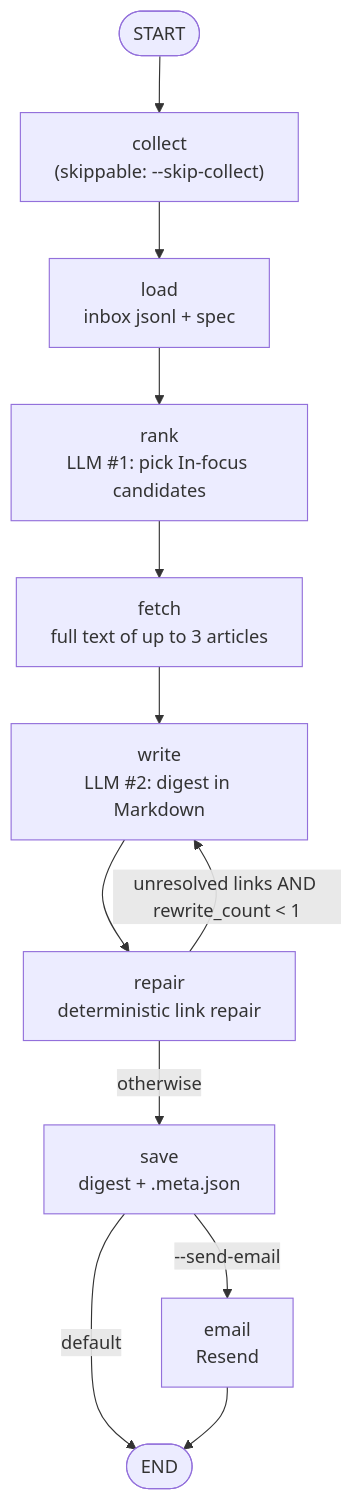
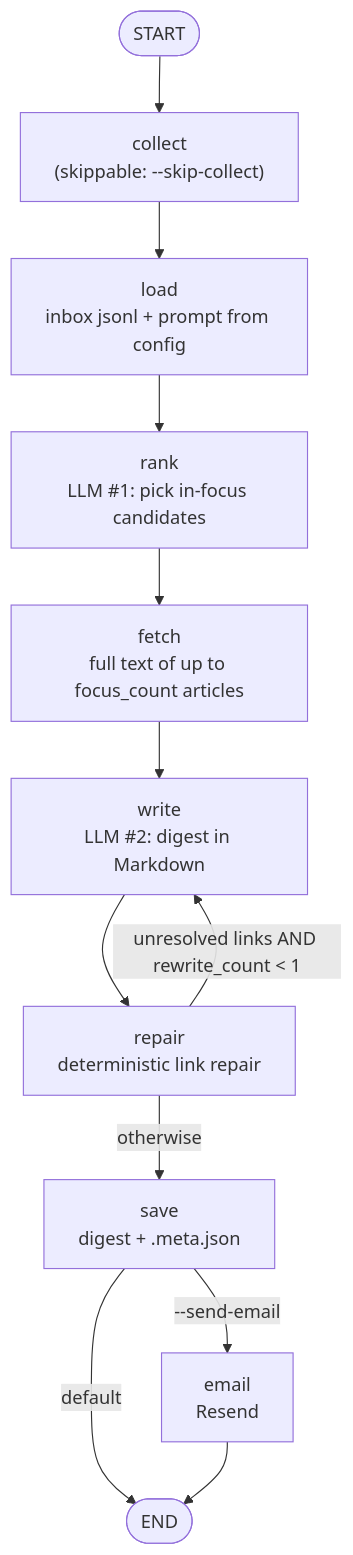
The diagram in README.md (csakegyruszki/langgraph-digest), drawn with Mermaid before and after one commit. The commit also changed other lines of this file and 15 other files, not shown here.

````diff
--- a/README.md
+++ b/README.md
@@ -9,14 +18,14 @@
 ```mermaid
 flowchart TD
     S([START]) --> collect["collect<br/>(skippable: --skip-collect)"]
-    collect --> load["load<br/>inbox jsonl + spec"]
-    load --> rank["rank<br/>LLM #1: pick In-focus candidates"]
-    rank --> fetch["fetch<br/>full text of up to 3 articles"]
+    collect --> load["load<br/>inbox jsonl + prompt from config"]
+    load --> rank["rank<br/>LLM #1: pick in-focus candidates"]
+    rank --> fetch["fetch<br/>full text of up to focus_count articles"]
     fetch --> write["write<br/>LLM #2: digest in Markdown"]
     write --> repair["repair<br/>deterministic link repair"]
     repair -->|"unresolved links AND rewrite_count < 1"| write
     repair -->|otherwise| save["save<br/>digest + .meta.json"]
     save -->|"--send-email"| email["email<br/>Resend"]
     save -->|default| E([END])
     email --> E
 ```
````
